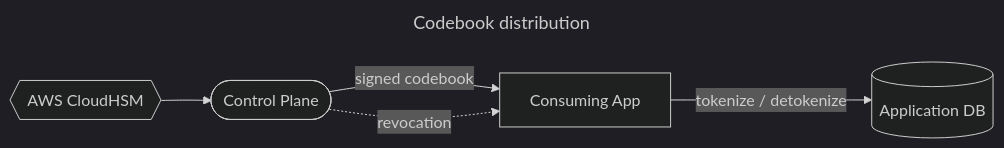
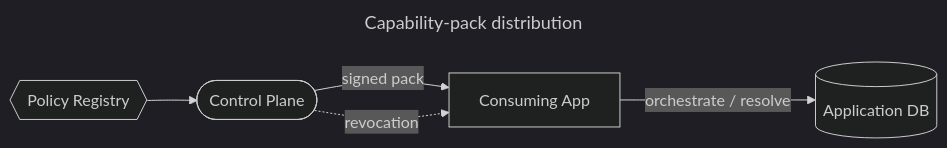
Before and after one commit to SlideWright/lattice: the first of 25 diagrams in lib/components/diagram/diagram/diagram.gallery.md, drawn with Mermaid (dark theme). The commit also changed other lines of this file and 75 other files, not shown here.

````diff
--- a/lib/components/diagram/diagram/diagram.gallery.md
+++ b/lib/components/diagram/diagram/diagram.gallery.md
@@ -61,10 +61,10 @@
 ```mermaid
 ---
-title: Codebook distribution
+title: Capability-pack distribution
 ---
 flowchart LR
-  A{{"AWS CloudHSM"}} --> B(["Control Plane"])
-  B -->|"signed codebook"| C["Consuming App"]
-  C -->|"tokenize / detokenize"| D[("Application DB")]
+  A{{"Policy Registry"}} --> B(["Control Plane"])
+  B -->|"signed pack"| C["Consuming App"]
+  C -->|"orchestrate / resolve"| D[("Application DB")]
   B -.->|"revocation"| C
 ```
````
